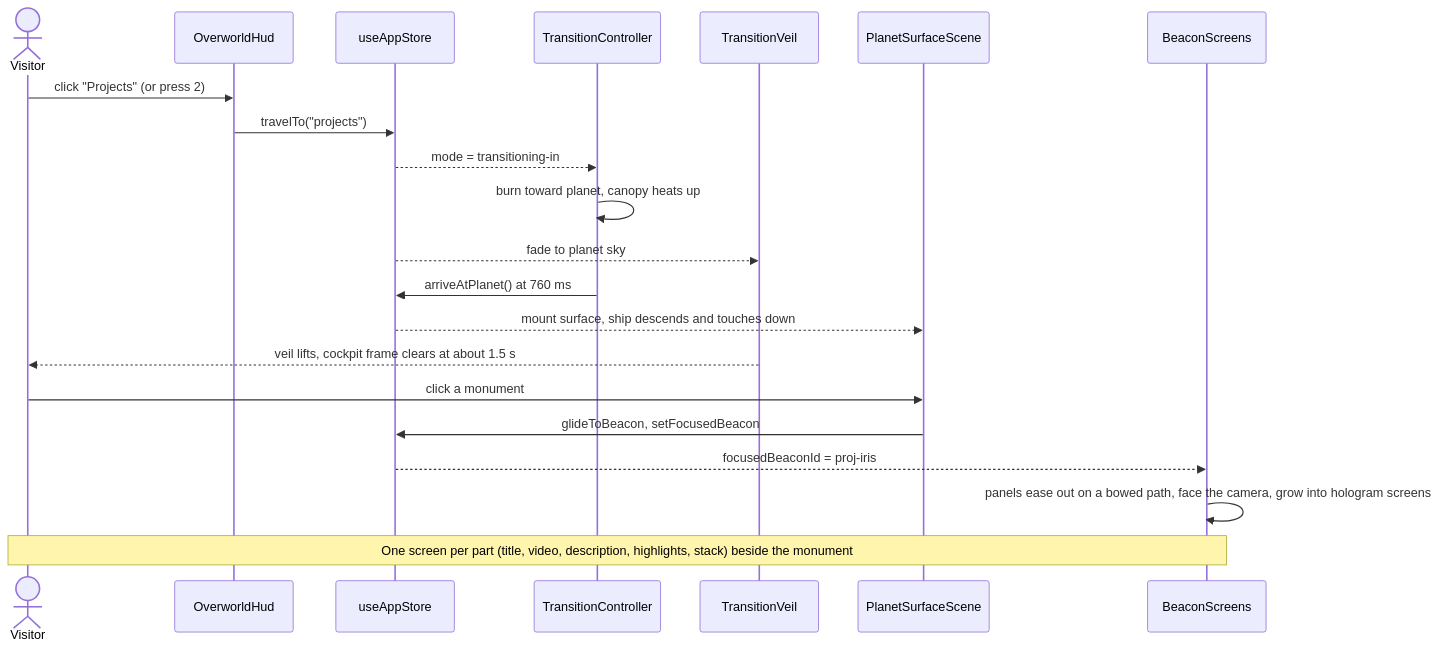
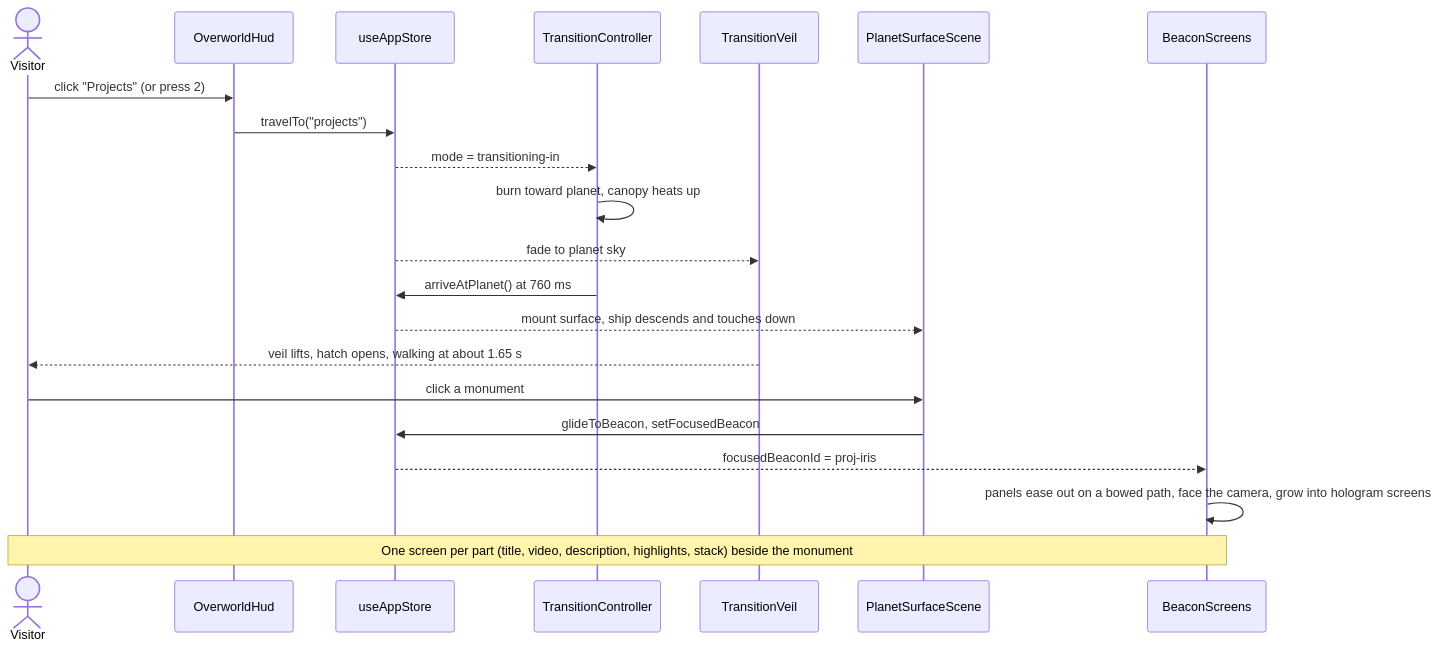
Before and after one commit to teddycitrus/portfolio: the second of 2 diagrams in README.md, drawn with Mermaid. The commit also changed other lines of this file and 9 other files, not shown here.

````diff
--- a/README.md
+++ b/README.md
@@ -71,23 +71,23 @@
 ```mermaid
 sequenceDiagram
   actor V as Visitor
   participant H as OverworldHud
   participant S as useAppStore
   participant T as TransitionController
   participant W as TransitionVeil
   participant P as PlanetSurfaceScene
   participant B as BeaconScreens
   V->>H: click "Projects" (or press 2)
   H->>S: travelTo("projects")
   S-->>T: mode = transitioning-in
   T->>T: burn toward planet, canopy heats up
   S-->>W: fade to planet sky
   T->>S: arriveAtPlanet() at 760 ms
   S-->>P: mount surface, ship descends and touches down
-  W-->>V: veil lifts, cockpit frame clears at about 1.5 s
+  W-->>V: veil lifts, hatch opens, walking at about 1.65 s
   V->>P: click a monument
   P->>S: glideToBeacon, setFocusedBeacon
   S-->>B: focusedBeaconId = proj-iris
   B->>B: panels ease out on a bowed path, face the camera, grow into hologram screens
   Note over V,B: One screen per part (title, video, description, highlights, stack) beside the monument
 ```
````
